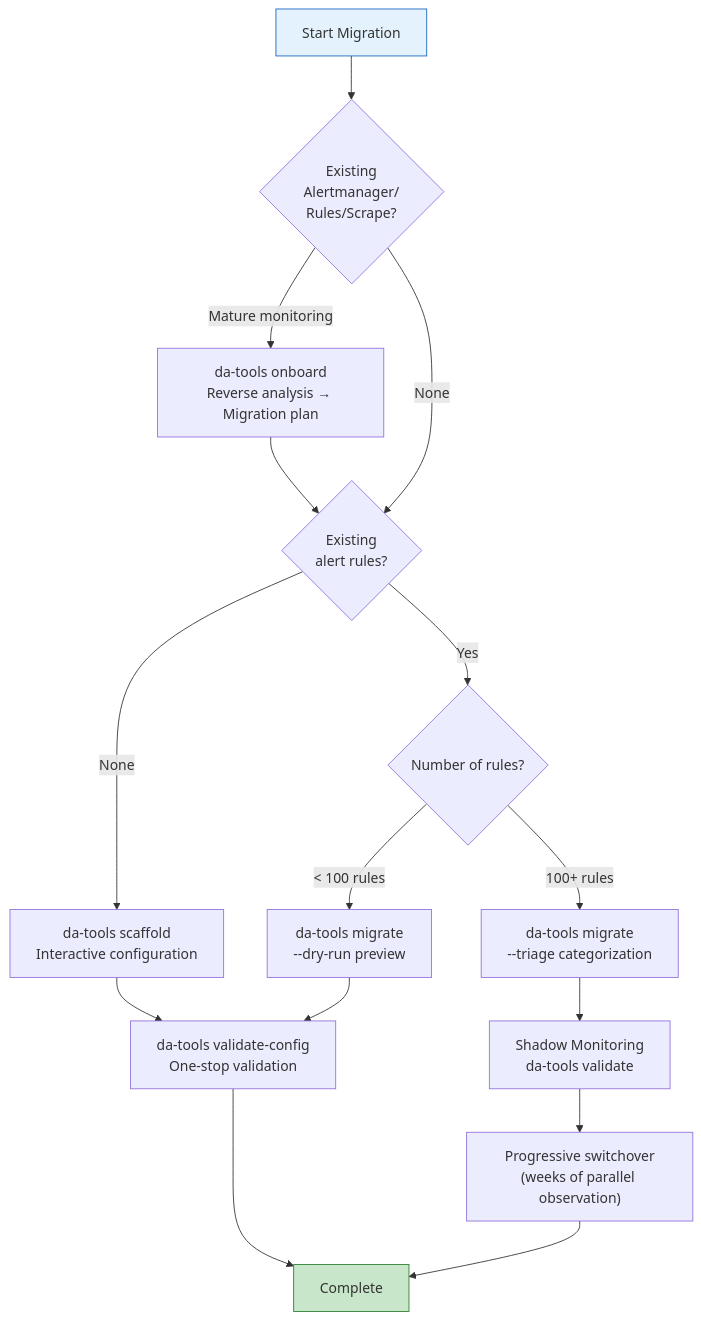
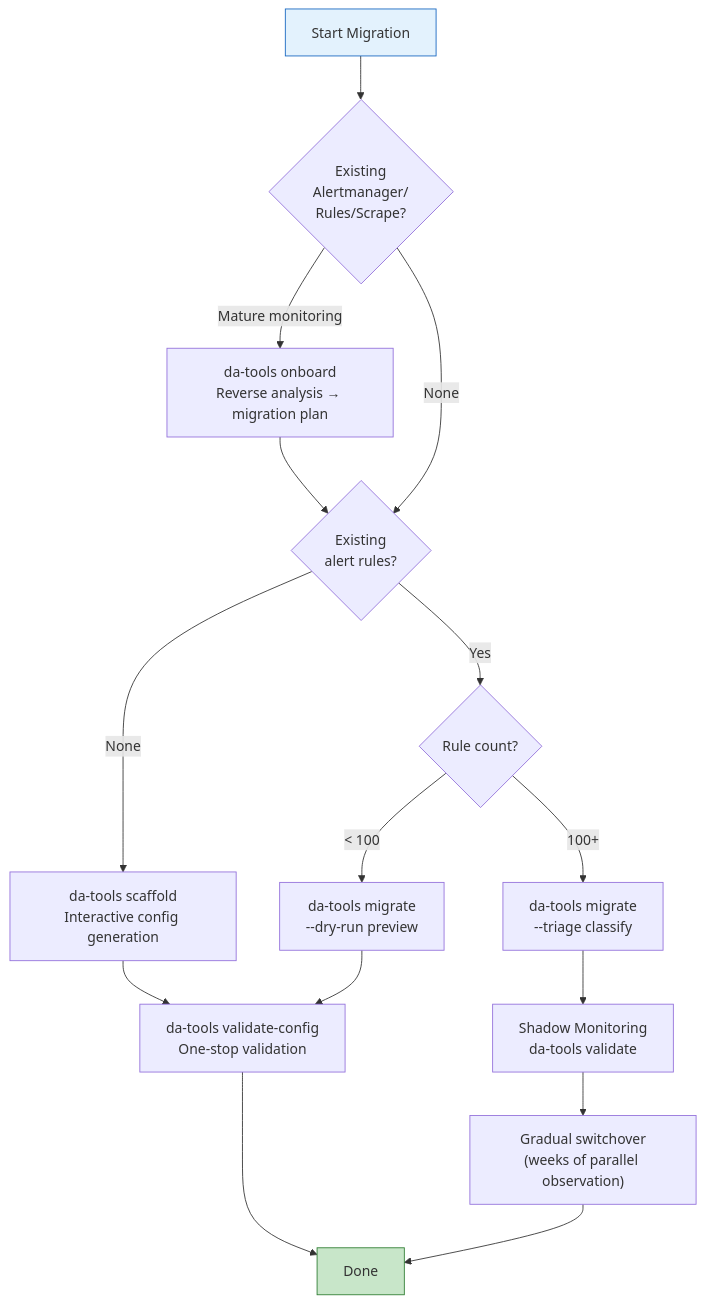
One commit to vencil/Dynamic-Alerting-Integrations changed the diagram in docs/migration-guide.en.md. Above: the diagram before and after it, drawn with Mermaid. The commit also changed other lines of this file and 2 other files, not shown here.

````diff
--- a/docs/migration-guide.en.md
+++ b/docs/migration-guide.en.md
@@ -50,20 +49,20 @@
 ```mermaid
 flowchart TD
     Start["Start Migration"] --> Q0{"Existing<br/>Alertmanager/<br/>Rules/Scrape?"}
-    Q0 -->|"Mature monitoring"| S0["da-tools onboard<br/>Reverse analysis → Migration plan"]
+    Q0 -->|"Mature monitoring"| S0["da-tools onboard<br/>Reverse analysis → migration plan"]
     Q0 -->|"None"| Q1{"Existing<br/>alert rules?"}
     S0 --> Q1
-    Q1 -->|"None"| S1["da-tools scaffold<br/>Interactive configuration"]
-    Q1 -->|"Yes"| Q2{"Number of rules?"}
-    Q2 -->|"< 100 rules"| S2["da-tools migrate<br/>--dry-run preview"]
-    Q2 -->|"100+ rules"| S3["da-tools migrate<br/>--triage categorization"]
+    Q1 -->|"None"| S1["da-tools scaffold<br/>Interactive config generation"]
+    Q1 -->|"Yes"| Q2{"Rule count?"}
+    Q2 -->|"< 100"| S2["da-tools migrate<br/>--dry-run preview"]
+    Q2 -->|"100+"| S3["da-tools migrate<br/>--triage classify"]
     S2 --> V["da-tools validate-config<br/>One-stop validation"]
     S3 --> S4["Shadow Monitoring<br/>da-tools validate"]
-    S4 --> S5["Progressive switchover<br/>(weeks of parallel observation)"]
+    S4 --> S5["Gradual switchover<br/>(weeks of parallel observation)"]
     S1 --> V
-    V --> Done["Complete"]
+    V --> Done["Done"]
     S5 --> Done
 
     style Done fill:#c8e6c9,stroke:#2e7d32
     style Start fill:#e3f2fd,stroke:#1565c0
 ```
````
